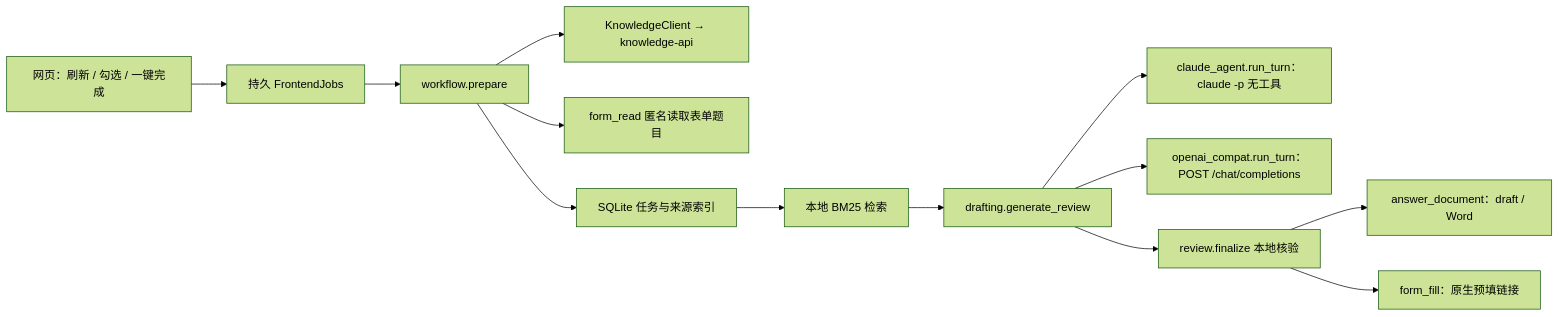
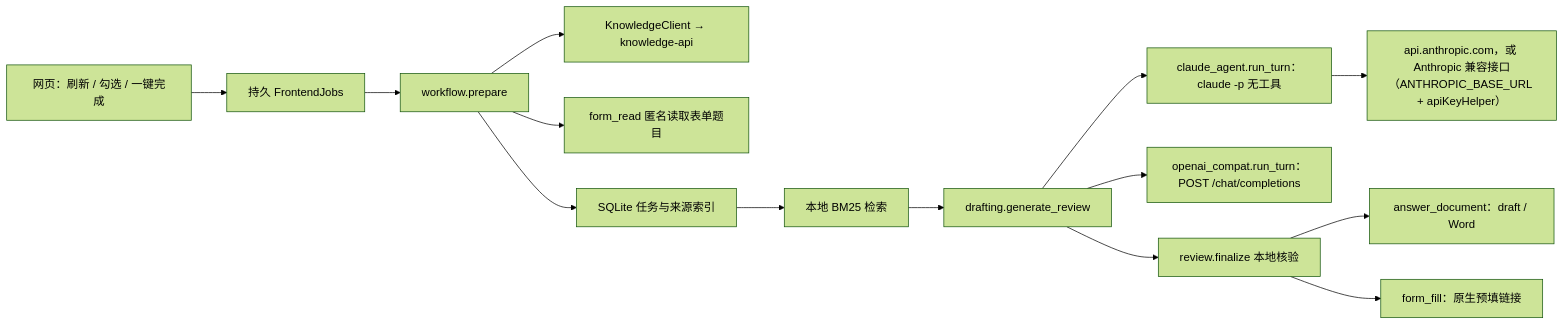
One commit to shu2223/classroomautowork changed the diagram in docs/architecture.md. Above: the diagram before and after it, drawn with Mermaid (forest theme). The commit also changed other lines of this file and 20 other files, not shown here.

````diff
--- a/docs/architecture.md
+++ b/docs/architecture.md
@@ -3,15 +3,16 @@
 ```mermaid
 flowchart LR
   UI[网页：刷新 / 勾选 / 一键完成] --> J[持久 FrontendJobs]
   J --> W[workflow.prepare]
   W --> K[KnowledgeClient → knowledge-api]
   W --> FR[form_read 匿名读取表单题目]
   W --> T[SQLite 任务与来源索引]
   T --> R[本地 BM25 检索]
   R --> D[drafting.generate_review]
   D --> C[claude_agent.run_turn：claude -p 无工具]
+  C --> CA[api.anthropic.com，或 Anthropic 兼容接口（ANTHROPIC_BASE_URL + apiKeyHelper）]
   D --> O[openai_compat.run_turn：POST /chat/completions]
   D --> V[review.finalize 本地核验]
   V --> A[answer_document：draft / Word]
   V --> FF[form_fill：原生预填链接]
 ```
````
